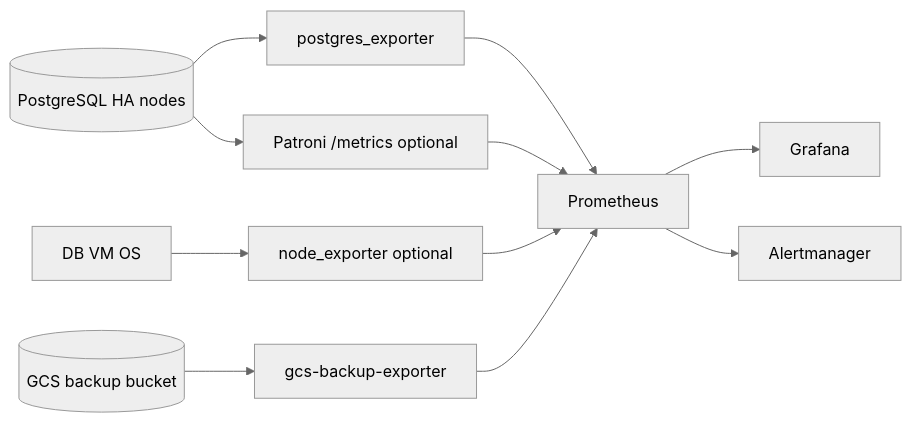
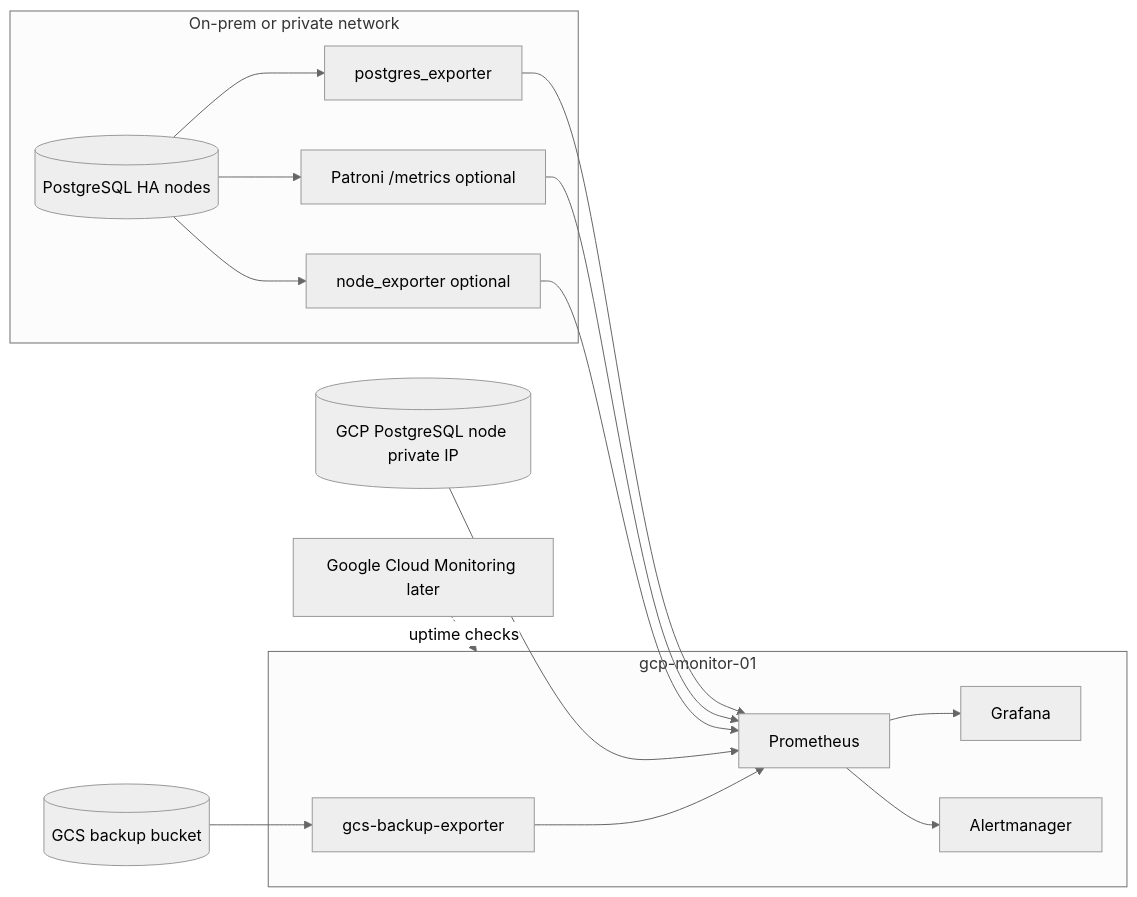
The diagram in docs/db-monitoring.md (KuberEats/kubereats-dashboard), drawn with Mermaid (neutral theme) before and after one commit. The commit also changed other lines of this file and 1 other file, not shown here.

First line of the commit message:
docs: position gcp-monitor-01 as primary external monitoring plane

````diff
--- a/docs/db-monitoring.md
+++ b/docs/db-monitoring.md
@@ -9,13 +11,27 @@
 ```mermaid
 flowchart LR
-  DB[(PostgreSQL HA nodes)] --> PE[postgres_exporter]
-  DB --> PAT[Patroni /metrics optional]
-  VM[DB VM OS] --> NE[node_exporter optional]
-  GCS[(GCS backup bucket)] --> GBE[gcs-backup-exporter]
+  subgraph MON[gcp-monitor-01]
+    PROM[Prometheus]
+    GRAF[Grafana]
+    AM[Alertmanager]
+    GBE[gcs-backup-exporter]
+  end
+  subgraph ONPREM[On-prem or private network]
+    DB[(PostgreSQL HA nodes)]
+    PE[postgres_exporter]
+    PAT[Patroni /metrics optional]
+    NE[node_exporter optional]
+  end
+  GCPDB[(GCP PostgreSQL node private IP)] --> PROM
+  DB --> PE
+  DB --> PAT
+  DB --> NE
   PE --> PROM[Prometheus]
   PAT --> PROM
   NE --> PROM
+  GCS[(GCS backup bucket)] --> GBE
   GBE --> PROM
   PROM --> GRAF[Grafana]
   PROM --> AM[Alertmanager]
+  GCM[Google Cloud Monitoring later] -. uptime checks .-> MON
 ```
````
